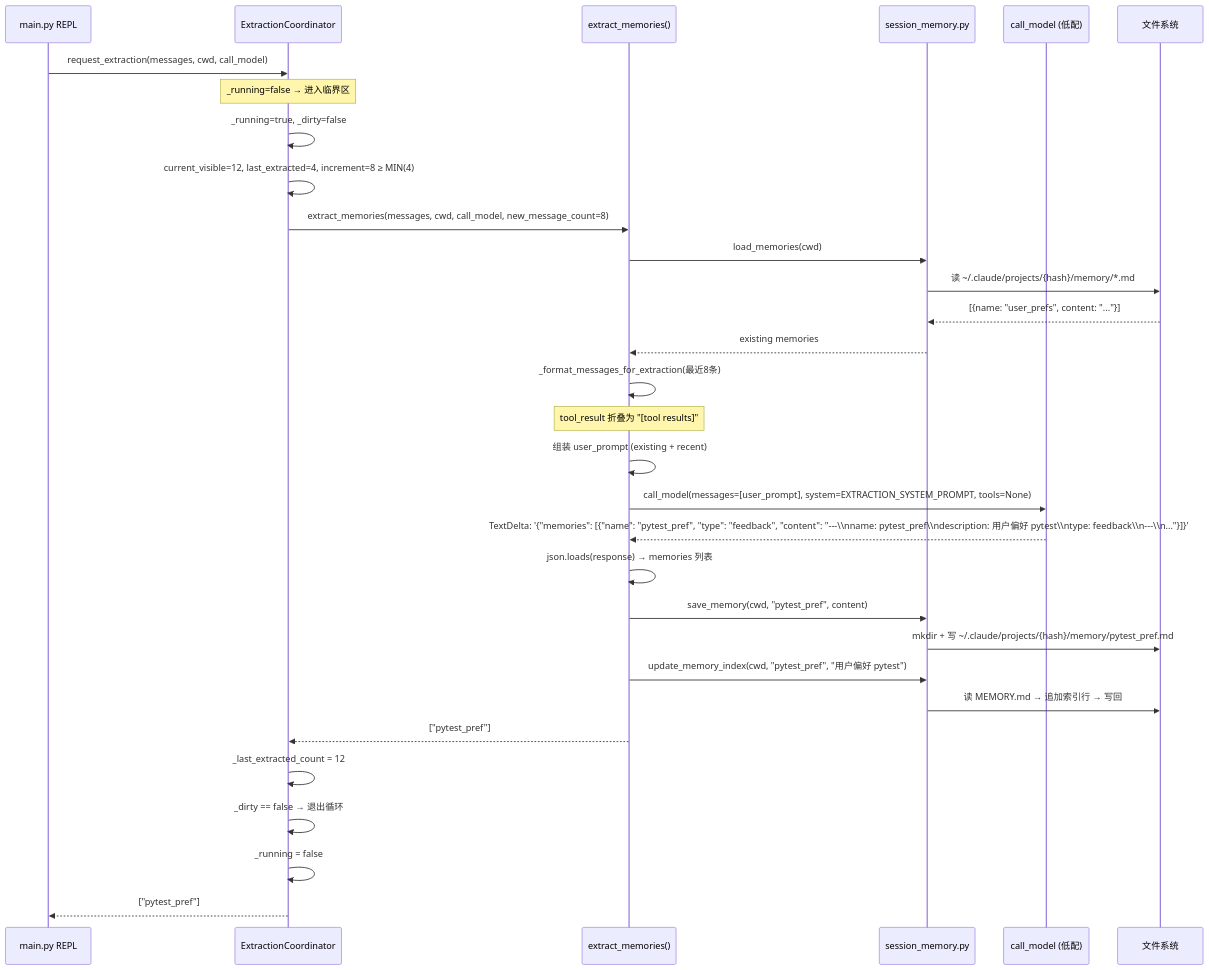
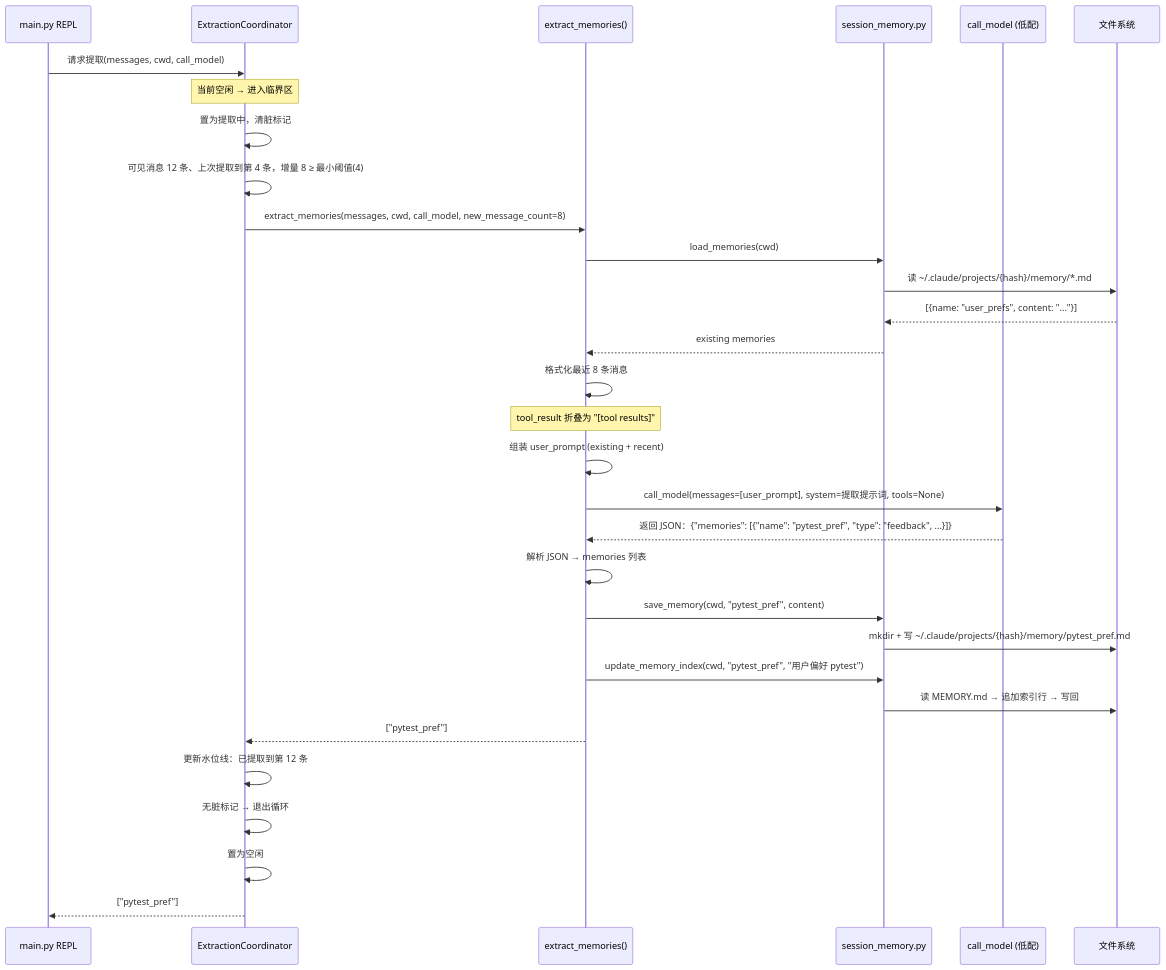
The second of 3 diagrams in docs/claudecode/06-memory.md (MKEy777/agent), drawn with Mermaid before and after one commit. The commit also changed other lines of this file and 20 other files, not shown here.

````diff
--- a/docs/claudecode/06-memory.md
+++ b/docs/claudecode/06-memory.md
@@ -47,39 +47,39 @@
 ```mermaid
 sequenceDiagram
     participant REPL as main.py REPL
     participant EC as ExtractionCoordinator
     participant EX as extract_memories()
     participant SM as session_memory.py
     participant LLM as call_model (低配)
     participant FS as 文件系统
 
-    REPL->>EC: request_extraction(messages, cwd, call_model)
-    Note over EC: _running=false → 进入临界区
-    EC->>EC: _running=true, _dirty=false
-    EC->>EC: current_visible=12, last_extracted=4, increment=8 ≥ MIN(4)
+    REPL->>EC: 请求提取(messages, cwd, call_model)
+    Note over EC: 当前空闲 → 进入临界区
+    EC->>EC: 置为提取中，清脏标记
+    EC->>EC: 可见消息 12 条、上次提取到第 4 条，增量 8 ≥ 最小阈值(4)
 
     EC->>EX: extract_memories(messages, cwd, call_model, new_message_count=8)
     EX->>SM: load_memories(cwd)
     SM->>FS: 读 ~/.claude/projects/{hash}/memory/*.md
     FS-->>SM: [{name: "user_prefs", content: "..."}]
     SM-->>EX: existing memories
 
-    EX->>EX: _format_messages_for_extraction(最近8条)
+    EX->>EX: 格式化最近 8 条消息
     Note over EX: tool_result 折叠为 "[tool results]"
     EX->>EX: 组装 user_prompt (existing + recent)
 
-    EX->>LLM: call_model(messages=[user_prompt], system=EXTRACTION_SYSTEM_PROMPT, tools=None)
-    LLM-->>EX: TextDelta: '{"memories": [{"name": "pytest_pref", "type": "feedback", "content": "---\\nname: pytest_pref\\ndescription: 用户偏好 pytest\\ntype: feedback\\n---\\n..."}]}'
+    EX->>LLM: call_model(messages=[user_prompt], system=提取提示词, tools=None)
+    LLM-->>EX: 返回 JSON：{"memories": [{"name": "pytest_pref", "type": "feedback", ...}]}
 
-    EX->>EX: json.loads(response) → memories 列表
+    EX->>EX: 解析 JSON → memories 列表
     EX->>SM: save_memory(cwd, "pytest_pref", content)
     SM->>FS: mkdir + 写 ~/.claude/projects/{hash}/memory/pytest_pref.md
     EX->>SM: update_memory_index(cwd, "pytest_pref", "用户偏好 pytest")
     SM->>FS: 读 MEMORY.md → 追加索引行 → 写回
 
     EX-->>EC: ["pytest_pref"]
-    EC->>EC: _last_extracted_count = 12
-    EC->>EC: _dirty == false → 退出循环
-    EC->>EC: _running = false
+    EC->>EC: 更新水位线：已提取到第 12 条
+    EC->>EC: 无脏标记 → 退出循环
+    EC->>EC: 置为空闲
     EC-->>REPL: ["pytest_pref"]
 ```
````
